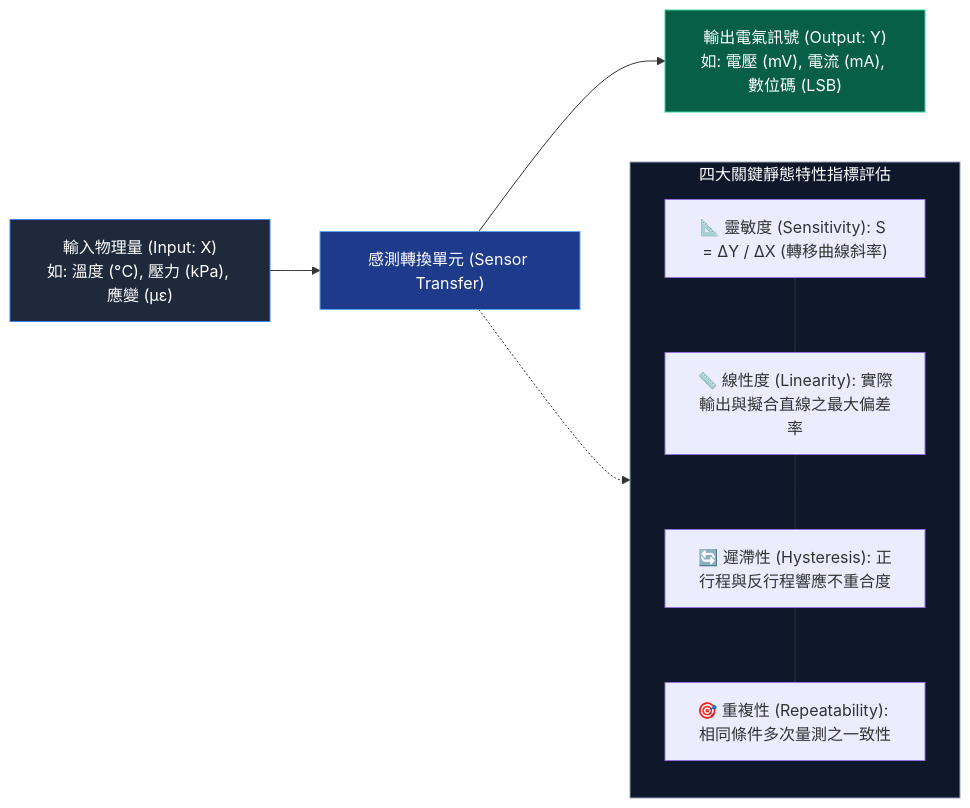
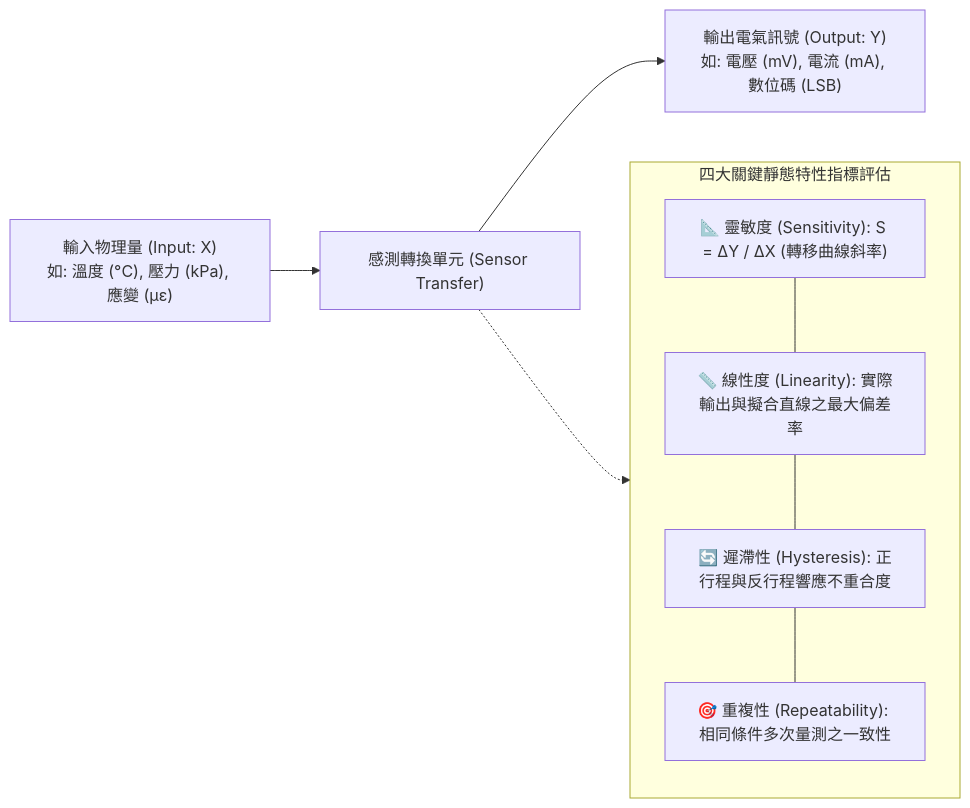
Before and after one commit to ta-lang/iPAS_Test: the second of 3 diagrams in notes/aiot/s1_AIoT基礎概論/L113_感測器原理與應用.md, drawn with Mermaid. The commit also changed other lines of this file and 16 other files, not shown here.

Commit message:
fix(mermaid): remove hardcoded styles, add high-contrast theme CSS, and forbid color styling in SOP

````diff
--- a/notes/aiot/s1_AIoT基礎概論/L113_感測器原理與應用.md
+++ b/notes/aiot/s1_AIoT基礎概論/L113_感測器原理與應用.md
@@ -74,21 +68,17 @@
 ```mermaid
 flowchart LR
     IN["輸入物理量 (Input: X)<br>如: 溫度 (°C), 壓力 (kPa), 應變 (με)"] --> SENSOR["感測轉換單元 (Sensor Transfer)"]
     SENSOR --> OUT["輸出電氣訊號 (Output: Y)<br>如: 電壓 (mV), 電流 (mA), 數位碼 (LSB)"]
 
     subgraph METRICS["四大關鍵靜態特性指標評估"]
         direction TB
         M1["📐 靈敏度 (Sensitivity): S = ΔY / ΔX (轉移曲線斜率)"]
         M2["📏 線性度 (Linearity): 實際輸出與擬合直線之最大偏差率"]
         M3["🔄 遲滯性 (Hysteresis): 正行程與反行程響應不重合度"]
         M4["🎯 重複性 (Repeatability): 相同條件多次量測之一致性"]
         M1 --- M2 --- M3 --- M4
     end
 
     SENSOR -.-> METRICS
 
-    style IN fill:#1e293b,stroke:#3b82f6,color:#fff
-    style SENSOR fill:#1e3a8a,stroke:#60a5fa,color:#fff
-    style OUT fill:#065f46,stroke:#34d399,color:#fff
-    style METRICS fill:#0f172a,stroke:#94a3b8,color:#fff
 ```
````
